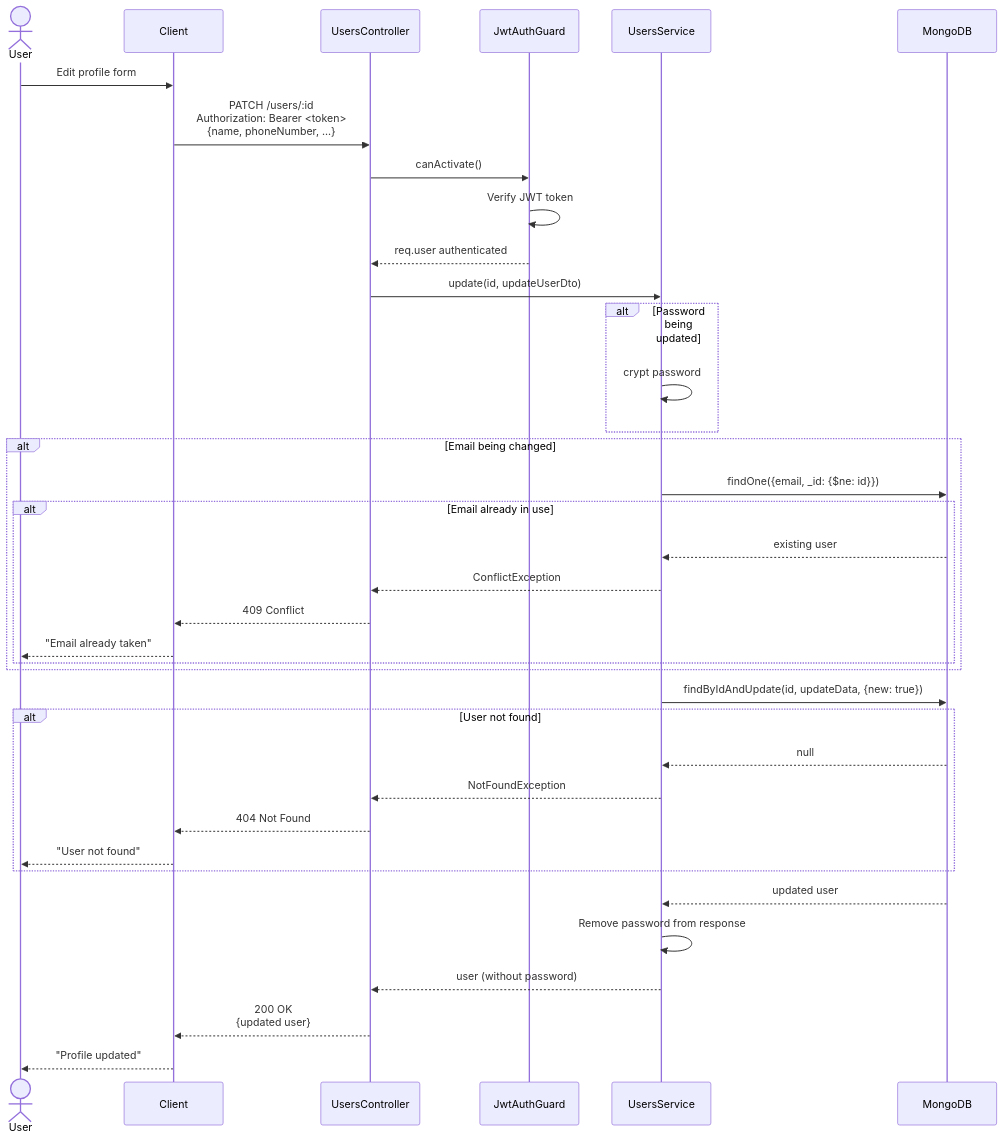
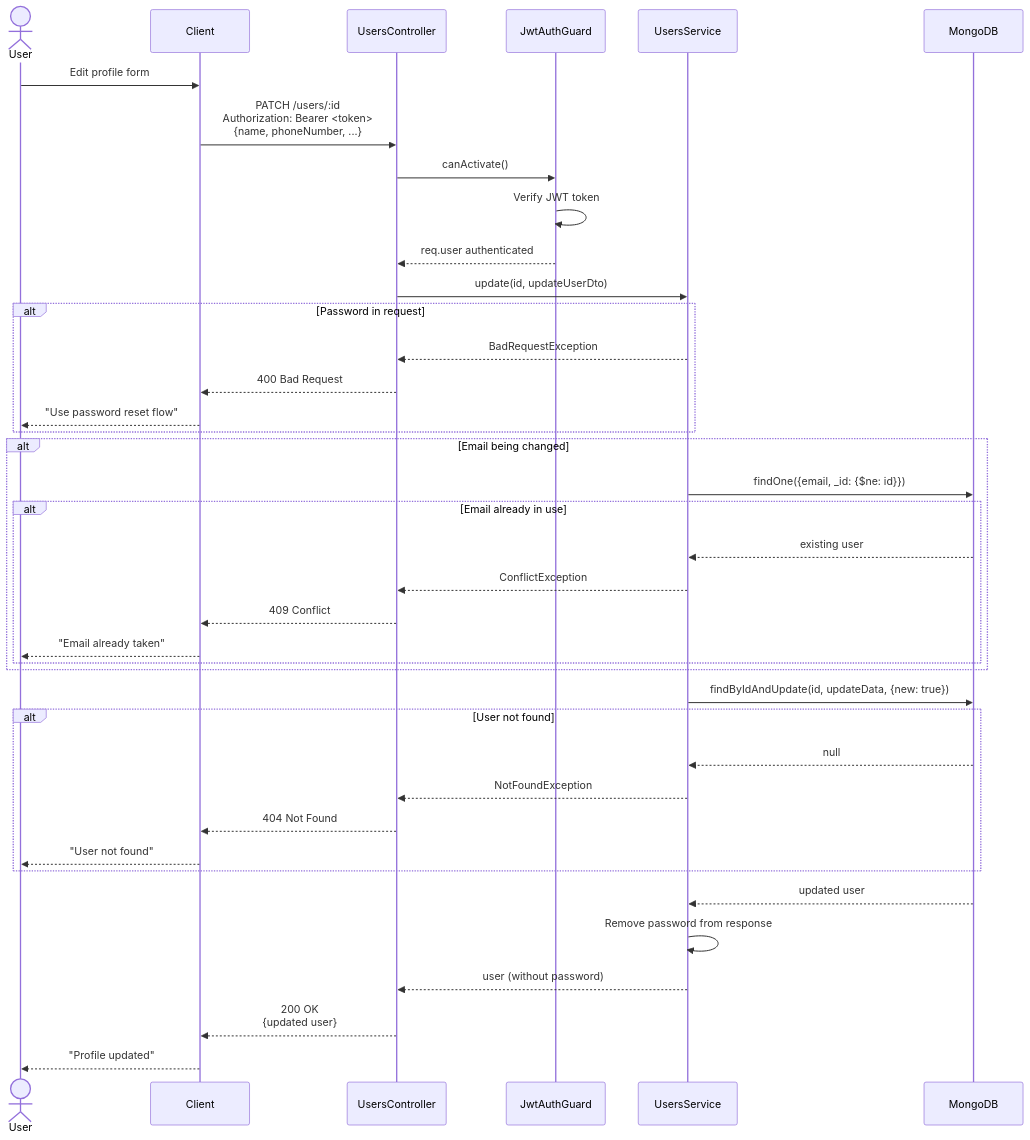
Before and after one commit to AyariAladine/PFE_Project: the seventh of 11 diagrams in SEQUENCE_DIAGRAMS.md, drawn with Mermaid. The commit also changed 18 other files, not shown here.

````diff
--- a/SEQUENCE_DIAGRAMS.md
+++ b/SEQUENCE_DIAGRAMS.md
@@ -269,47 +269,49 @@
 ```mermaid
 sequenceDiagram
     actor User
     participant Client
     participant Controller as UsersController
     participant Guard as JwtAuthGuard
     participant Service as UsersService
     participant DB as MongoDB
 
     User->>Client: Edit profile form
     Client->>Controller: PATCH /users/:id<br/>Authorization: Bearer <token><br/>{name, phoneNumber, ...}
     
     Controller->>Guard: canActivate()
     Guard->>Guard: Verify JWT token
     Guard-->>Controller: req.user authenticated
     
     Controller->>Service: update(id, updateUserDto)
     
-    alt Password being updated
-        Service->>Service: crypt password
+    alt Password in request
+        Service-->>Controller: BadRequestException
+        Controller-->>Client: 400 Bad Request
+        Client-->>User: "Use password reset flow"
     end
     
     alt Email being changed
         Service->>DB: findOne({email, _id: {$ne: id}})
         alt Email already in use
             DB-->>Service: existing user
             Service-->>Controller: ConflictException
             Controller-->>Client: 409 Conflict
             Client-->>User: "Email already taken"
         end
     end
     
     Service->>DB: findByIdAndUpdate(id, updateData, {new: true})
     
     alt User not found
         DB-->>Service: null
         Service-->>Controller: NotFoundException
         Controller-->>Client: 404 Not Found
         Client-->>User: "User not found"
     end
     
     DB-->>Service: updated user
     Service->>Service: Remove password from response
     Service-->>Controller: user (without password)
     Controller-->>Client: 200 OK<br/>{updated user}
     Client-->>User: "Profile updated"
 ```
````
